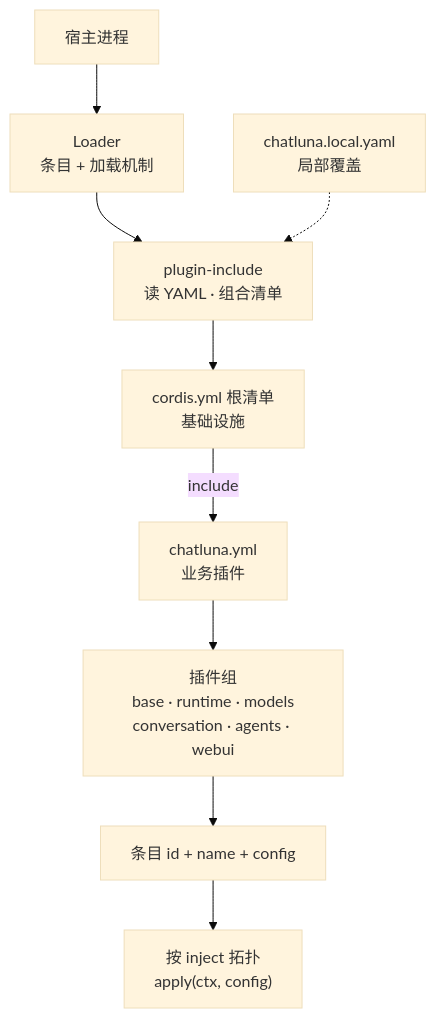
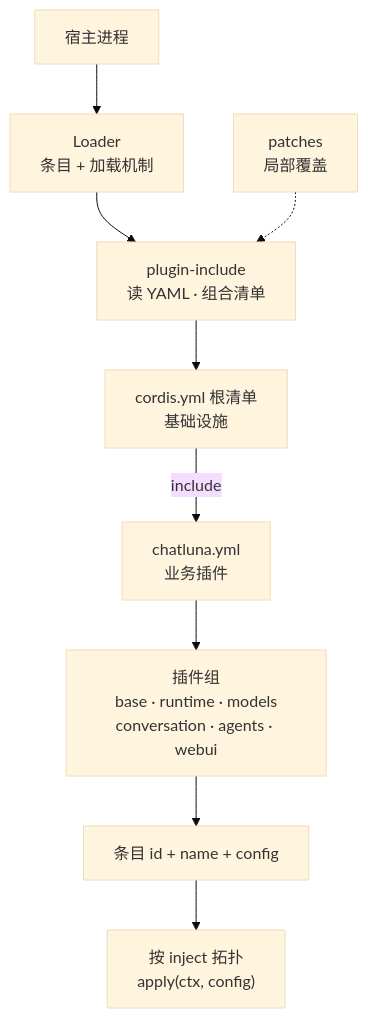
One commit to ChatLunaLab/doc changed the diagram in docs/architecture/extensions.md. Above: the diagram before and after it, drawn with Mermaid (base theme). The commit also changed other lines of this file and 12 other files, not shown here.

````diff
--- a/docs/architecture/extensions.md
+++ b/docs/architecture/extensions.md
@@ -11,11 +11,11 @@
 ```mermaid
 flowchart TD
     HOST[宿主进程] --> LOADER[Loader<br/>条目 + 加载机制]
     LOADER --> INC[plugin-include<br/>读 YAML · 组合清单]
     INC --> ROOT[cordis.yml 根清单<br/>基础设施]
     ROOT -->|include| BIZ[chatluna.yml<br/>业务插件]
     BIZ --> GROUPS[插件组<br/>base · runtime · models<br/>conversation · agents · webui]
     GROUPS --> ENTRIES[条目 id + name + config]
     ENTRIES --> APPLY["按 inject 拓扑<br/>apply(ctx, config)"]
-    LOCAL[chatluna.local.yaml<br/>局部覆盖] -.-> INC
+    PATCH[patches<br/>局部覆盖] -.-> INC
 ```
````
